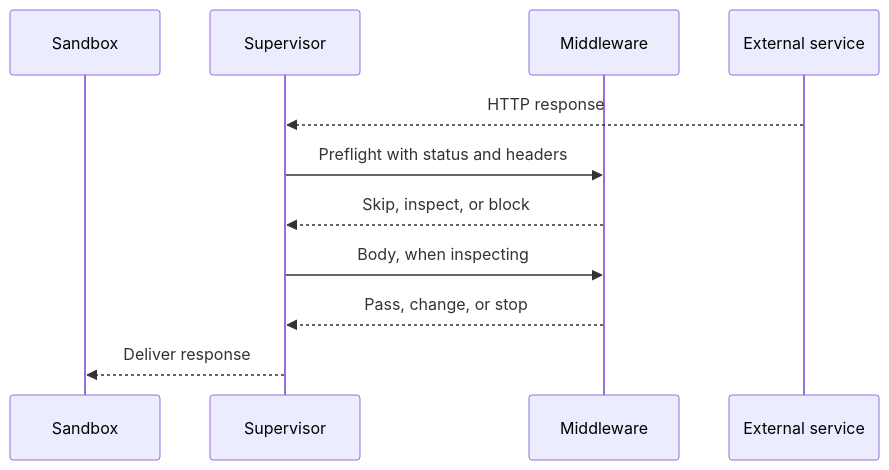
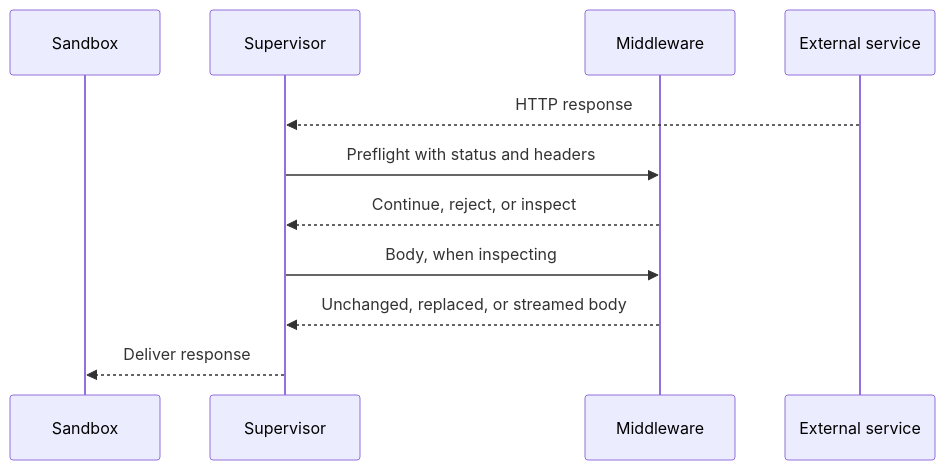
One commit to NVIDIA/OpenShell changed the second of 3 diagrams in docs/extensibility/supervisor-middleware/operations.mdx. Above: the diagram before and after it, drawn with Mermaid. The commit also changed other lines of this file and 17 other files, not shown here.

````diff
--- a/docs/extensibility/supervisor-middleware/operations.mdx
+++ b/docs/extensibility/supervisor-middleware/operations.mdx
@@ -114,14 +187,14 @@
 ```mermaid
 sequenceDiagram
   participant Sandbox
   participant Supervisor
   participant Middleware
   participant Service as External service
 
   Service-->>Supervisor: HTTP response
   Supervisor->>Middleware: Preflight with status and headers
-  Middleware-->>Supervisor: Skip, inspect, or block
+  Middleware-->>Supervisor: Continue, reject, or inspect
   Supervisor->>Middleware: Body, when inspecting
-  Middleware-->>Supervisor: Pass, change, or stop
+  Middleware-->>Supervisor: Unchanged, replaced, or streamed body
   Supervisor-->>Sandbox: Deliver response
 ```
````
